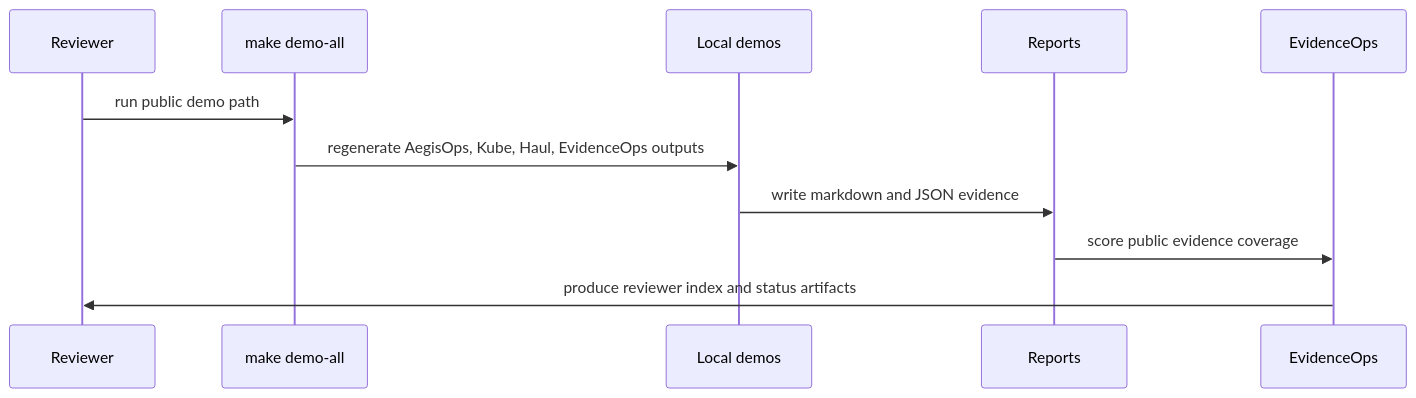
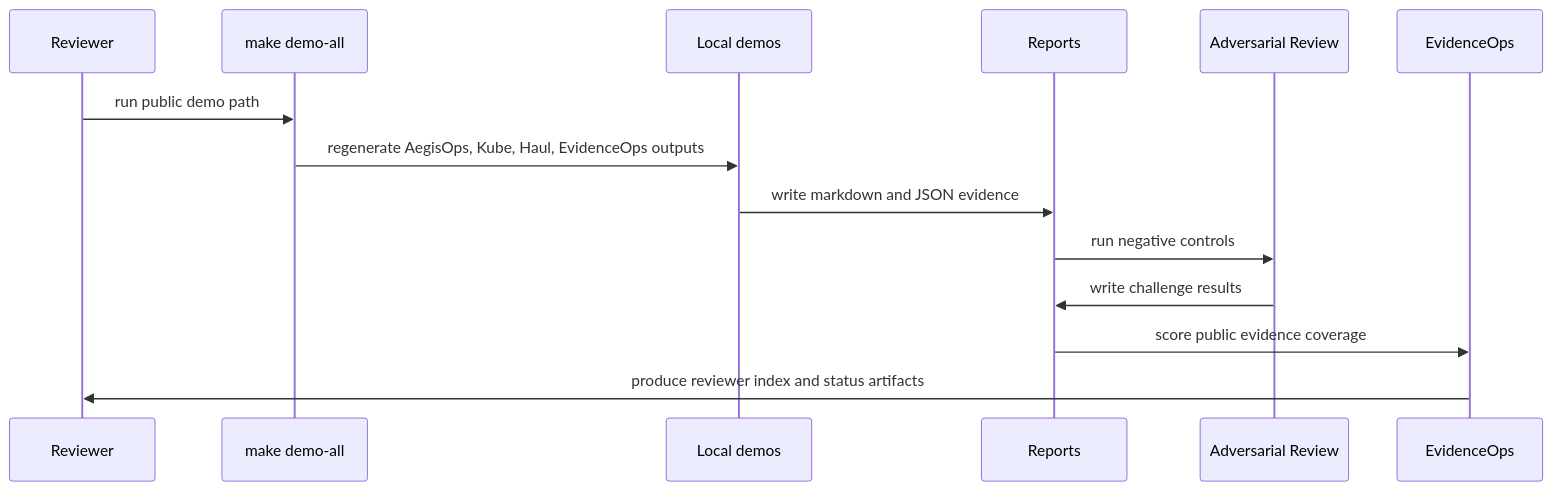
One commit to hanzhengyu202305-arch/esips-portfolio-demos changed the second of 2 diagrams in docs/ARCHITECTURE.md. Above: the diagram before and after it, drawn with Mermaid. The commit also changed other lines of this file and 146 other files, not shown here.

````diff
--- a/docs/ARCHITECTURE.md
+++ b/docs/ARCHITECTURE.md
@@ -38,14 +43,17 @@
 ```mermaid
 sequenceDiagram
   participant Reviewer
   participant Make as make demo-all
   participant Demos as Local demos
   participant Reports as Reports
+  participant Attack as Adversarial Review
   participant Scorecard as EvidenceOps
 
   Reviewer->>Make: run public demo path
   Make->>Demos: regenerate AegisOps, Kube, Haul, EvidenceOps outputs
   Demos->>Reports: write markdown and JSON evidence
+  Reports->>Attack: run negative controls
+  Attack->>Reports: write challenge results
   Reports->>Scorecard: score public evidence coverage
   Scorecard->>Reviewer: produce reviewer index and status artifacts
 ```
````
